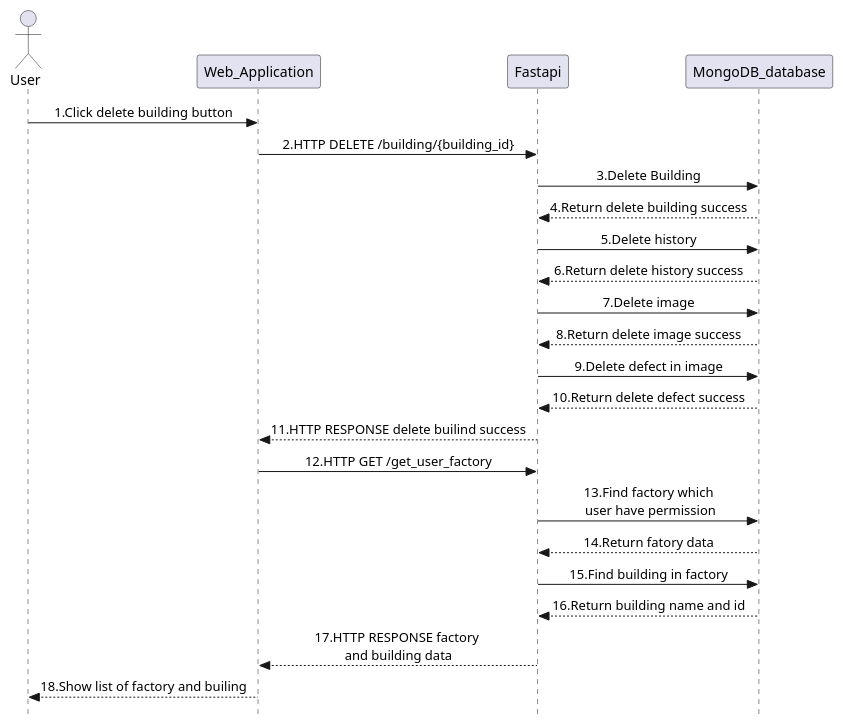
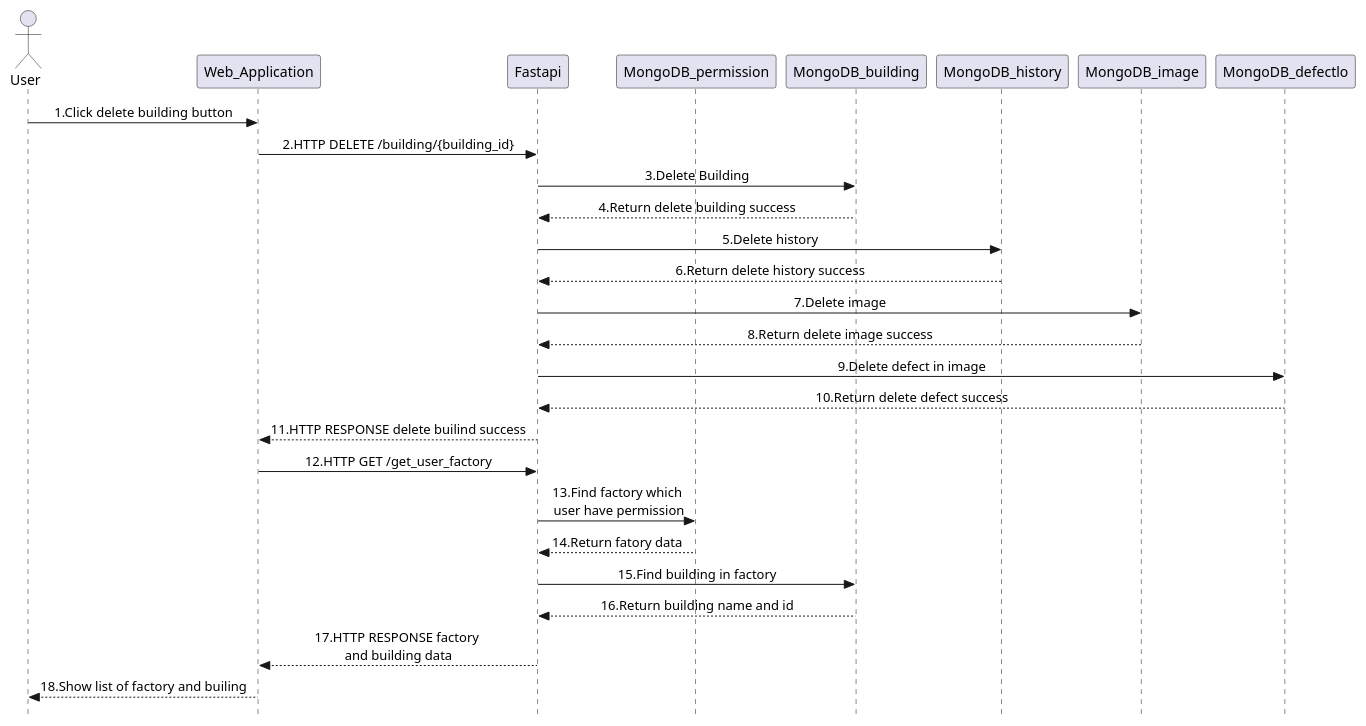
Before and after one commit to pasin2545/sequence-diagram: the diagram in DeleteBuilding.plantuml, drawn with PlantUML. The commit also changed 19 other files, not shown here.

Commit message:
update DB in sequence diagram

```diff
--- a/DeleteBuilding.plantuml
+++ b/DeleteBuilding.plantuml
@@ -1,26 +1,30 @@
 @startuml Roof_Surface_deleteBuilding
 skinparam Style strictuml
 skinparam SequenceMessageAlignment center
 actor User as user
 participant Web_Application as web_app
 participant Fastapi as fastapi
-participant MongoDB_database as base
+participant MongoDB_permission as permission
+participant MongoDB_building as building
+participant MongoDB_history as history
+participant MongoDB_image as image
+participant MongoDB_defectlo as defect
 user -> web_app : 1.Click delete building button
 web_app -> fastapi : 2.HTTP DELETE /building/{building_id}
-fastapi -> base : 3.Delete Building
-base --> fastapi : 4.Return delete building success 
-fastapi -> base : 5.Delete history
-base --> fastapi : 6.Return delete history success
-fastapi -> base : 7.Delete image
-base --> fastapi : 8.Return delete image success
-fastapi -> base : 9.Delete defect in image
-base --> fastapi : 10.Return delete defect success
+fastapi -> building : 3.Delete Building
+building --> fastapi : 4.Return delete building success 
+fastapi -> history : 5.Delete history
+history --> fastapi : 6.Return delete history success
+fastapi -> image : 7.Delete image
+image --> fastapi : 8.Return delete image success
+fastapi -> defect : 9.Delete defect in image
+defect --> fastapi : 10.Return delete defect success
 fastapi --> web_app : 11.HTTP RESPONSE delete builind success
 web_app -> fastapi : 12.HTTP GET /get_user_factory
-fastapi -> base : 13.Find factory which\n user have permission 
-base --> fastapi : 14.Return fatory data
-fastapi -> base : 15.Find building in factory
-base --> fastapi : 16.Return building name and id
+fastapi -> permission : 13.Find factory which\n user have permission 
+permission --> fastapi : 14.Return fatory data
+fastapi -> building : 15.Find building in factory
+building --> fastapi : 16.Return building name and id
 fastapi --> web_app : 17.HTTP RESPONSE factory \nand building data
 web_app --> user : 18.Show list of factory and builing
 @enduml
```
